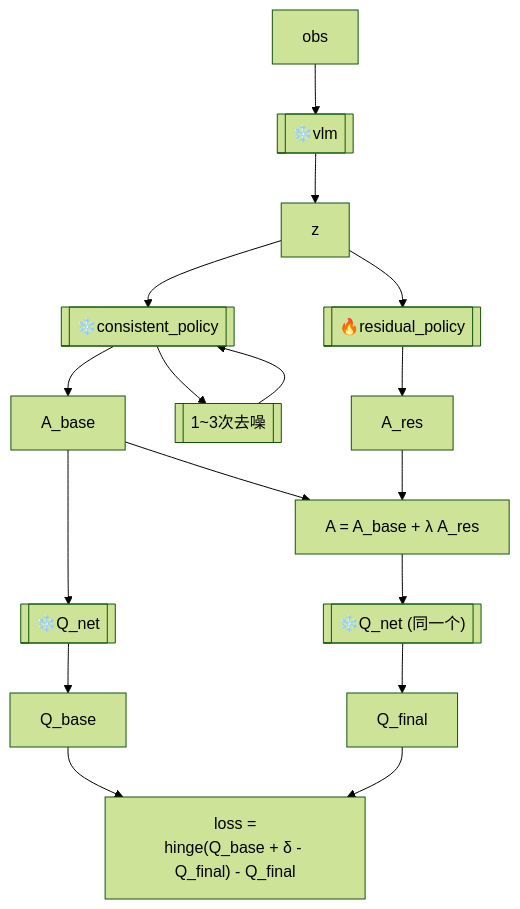
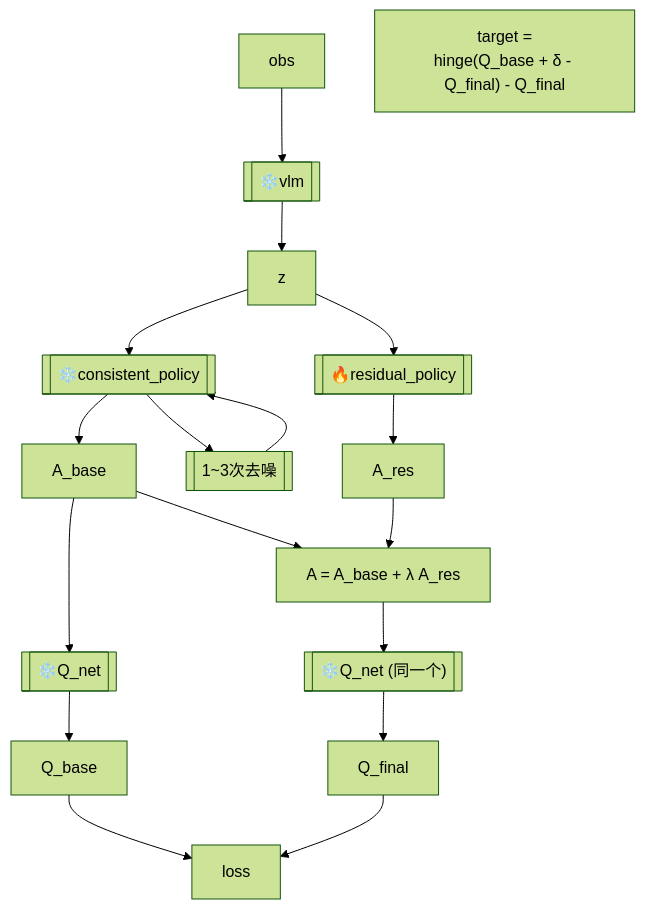
Before and after one commit to julyfun/how-to: the third of 3 diagrams in papers/papers-batch-2.md, drawn with Mermaid (forest theme). The commit also changed other lines of this file, not shown here.

````diff
--- a/papers/papers-batch-2.md
+++ b/papers/papers-batch-2.md
@@ -176,9 +176,9 @@
 ```mermaid
 flowchart TD
     obs --> vlm[[❄️vlm]] --> z
     z --> policy[[❄️consistent_policy]] --> A_base --> Q1[[❄️Q_net]] --> Q_base --> loss
     z --> residual[[🔥residual_policy]] --> A_res --> A_final["A = A_base + λ A_res"] --> Q2[["❄️Q_net (同一个)"]] --> Q_final --> loss
     policy --> v[[1~3次去噪]] -->policy
     A_base --> A_final
-    loss["loss =<br>hinge(Q_base + δ - Q_final) - Q_final<br>"]
+    target["target =<br>hinge(Q_base + δ - Q_final) - Q_final<br>"]
 ```
````
